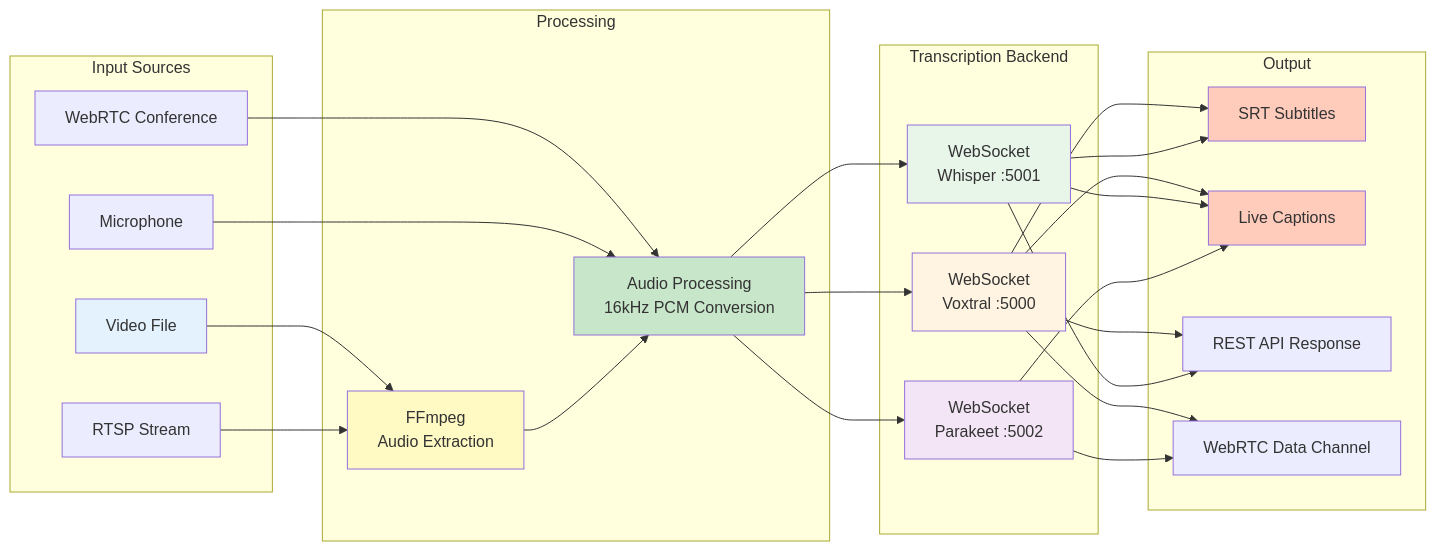
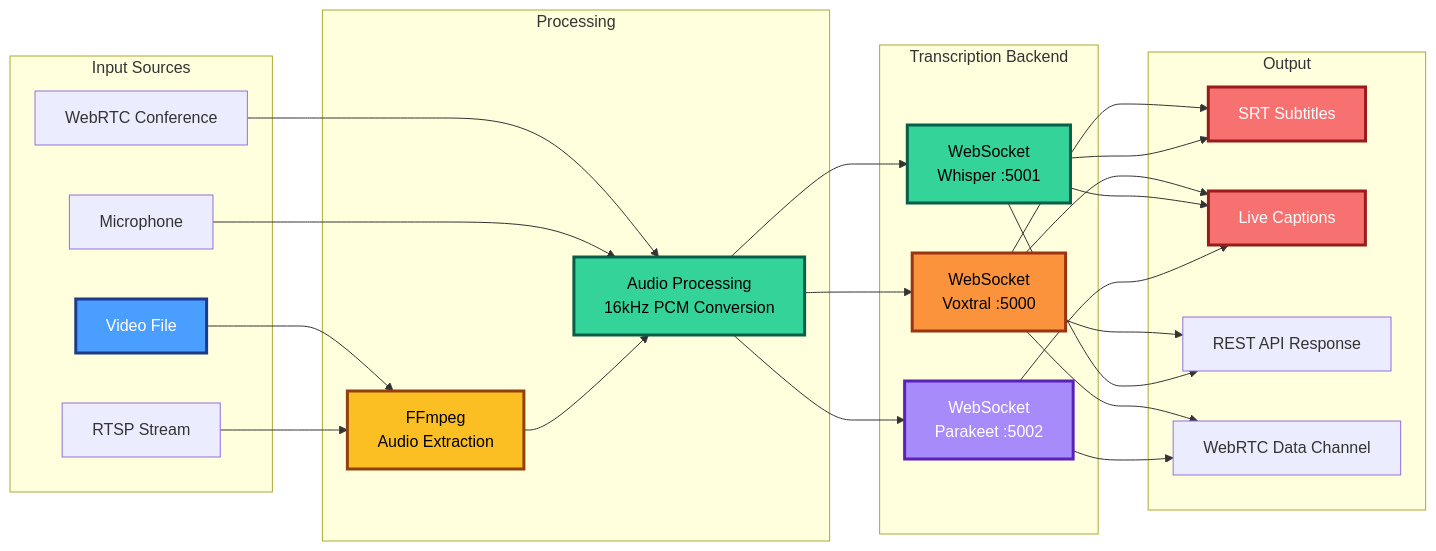
The diagram in assets/integration-workflow.mmd (gjovanov/speech2text), drawn with Mermaid before and after one commit. The commit also changed 10 other files, not shown here.

Commit message:
dark mode friednly diagramms

```diff
--- a/assets/integration-workflow.mmd
+++ b/assets/integration-workflow.mmd
@@ -1,57 +1,57 @@
 flowchart LR
     subgraph Input Sources
         Video[Video File]
         Stream[RTSP Stream]
         WebRTC[WebRTC Conference]
         Mic[Microphone]
     end
 
     subgraph Processing
         FFmpeg[FFmpeg<br/>Audio Extraction]
         AudioProc[Audio Processing<br/>16kHz PCM Conversion]
     end
 
     subgraph Transcription Backend
         WS1[WebSocket<br/>Voxtral :5000]
         WS2[WebSocket<br/>Whisper :5001]
         WS3[WebSocket<br/>Parakeet :5002]
     end
 
     subgraph Output
         SRT[SRT Subtitles]
         Live[Live Captions]
         API[REST API Response]
         DataChannel[WebRTC Data Channel]
     end
 
     Video --> FFmpeg
     Stream --> FFmpeg
     WebRTC --> AudioProc
     Mic --> AudioProc
 
     FFmpeg --> AudioProc
 
     AudioProc --> WS1
     AudioProc --> WS2
     AudioProc --> WS3
 
     WS1 --> SRT
     WS1 --> Live
     WS1 --> API
     WS1 --> DataChannel
 
     WS2 --> SRT
     WS2 --> Live
     WS2 --> API
 
     WS3 --> Live
     WS3 --> DataChannel
 
-    style Video fill:#e3f2fd
-    style FFmpeg fill:#fff9c4
-    style AudioProc fill:#c8e6c9
-    style WS1 fill:#fff4e1
-    style WS2 fill:#e8f5e9
-    style WS3 fill:#f3e5f5
-    style SRT fill:#ffccbc
-    style Live fill:#ffccbc
+    style Video fill:#4a9eff,stroke:#1e3a8a,stroke-width:3px,color:#fff
+    style FFmpeg fill:#fbbf24,stroke:#92400e,stroke-width:3px,color:#000
+    style AudioProc fill:#34d399,stroke:#065f46,stroke-width:3px,color:#000
+    style WS1 fill:#fb923c,stroke:#9a3412,stroke-width:3px,color:#000
+    style WS2 fill:#34d399,stroke:#065f46,stroke-width:3px,color:#000
+    style WS3 fill:#a78bfa,stroke:#5b21b6,stroke-width:3px,color:#fff
+    style SRT fill:#f87171,stroke:#991b1b,stroke-width:3px,color:#fff
+    style Live fill:#f87171,stroke:#991b1b,stroke-width:3px,color:#fff
```
